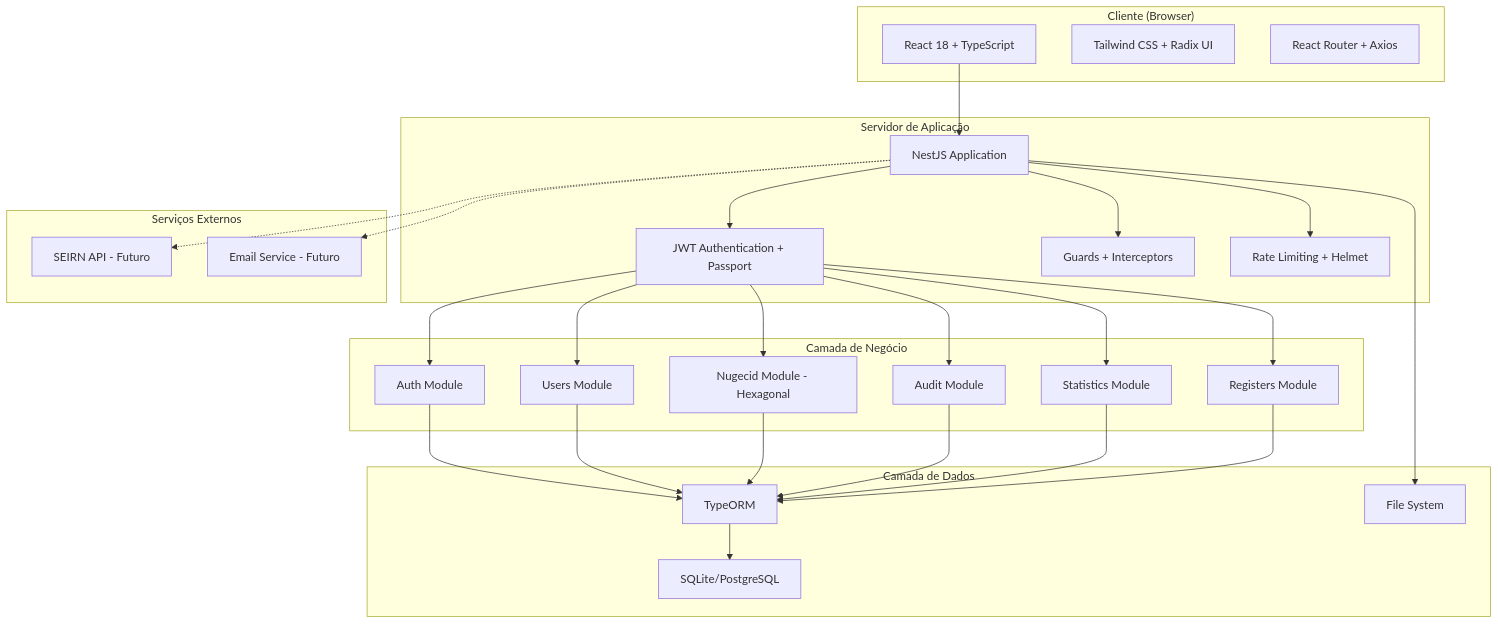
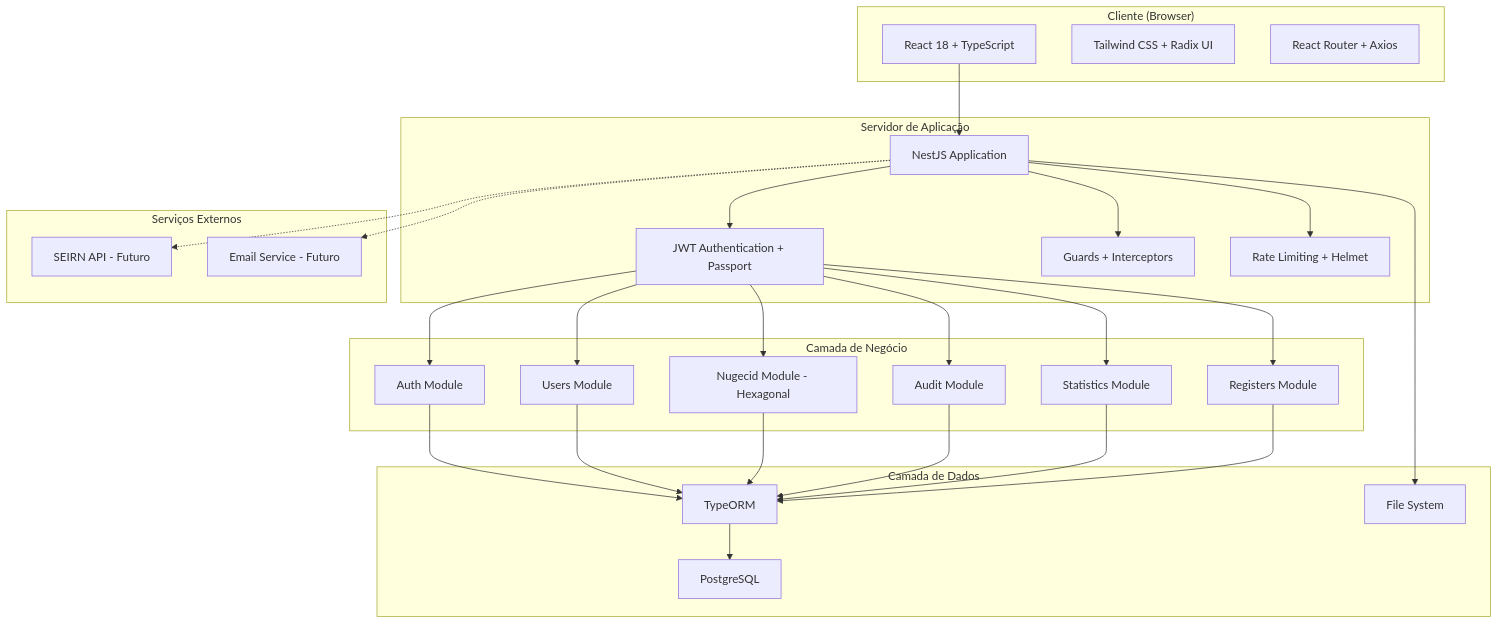
The first of 4 diagrams in .trae/documents/SGC-ITEP-DOCVIEW.md (kevinpatrickborges/Gestordedocumentos), drawn with Mermaid before and after one commit. The commit also changed other lines of this file and 23 other files, not shown here.

````diff
--- a/.trae/documents/SGC-ITEP-DOCVIEW.md
+++ b/.trae/documents/SGC-ITEP-DOCVIEW.md
@@ -12,56 +12,56 @@
 ```mermaid
 graph TB
     subgraph "Cliente (Browser)"
         A[React 18 + TypeScript]
         B[Tailwind CSS + Radix UI]
         C[React Router + Axios]
     end
     
     subgraph "Servidor de Aplicação"
         D[NestJS Application]
         E[JWT Authentication + Passport]
         F[Guards + Interceptors]
         G[Rate Limiting + Helmet]
     end
     
     subgraph "Camada de Negócio"
         H[Auth Module]
         I[Users Module]
         J[Nugecid Module - Hexagonal]
         K[Audit Module]
         L[Statistics Module]
         M[Registers Module]
     end
     
     subgraph "Camada de Dados"
         N[TypeORM]
-        O[SQLite/PostgreSQL]
+        O[PostgreSQL]
         P[File System]
     end
     
     subgraph "Serviços Externos"
         Q[SEIRN API - Futuro]
         R[Email Service - Futuro]
     end
     
     A --> D
     D --> E
     D --> F
     D --> G
     E --> H
     E --> I
     E --> J
     E --> K
     E --> L
     E --> M
     H --> N
     I --> N
     J --> N
     K --> N
     L --> N
     M --> N
     N --> O
     D --> P
     D -.-> Q
     D -.-> R
 ```
````
